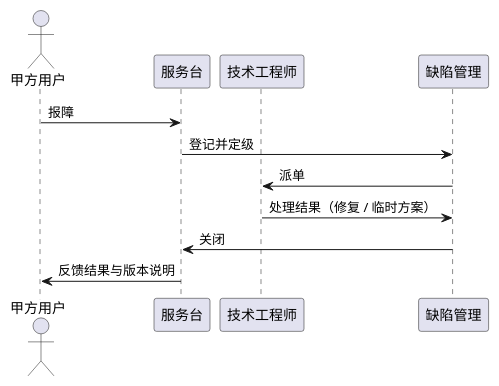
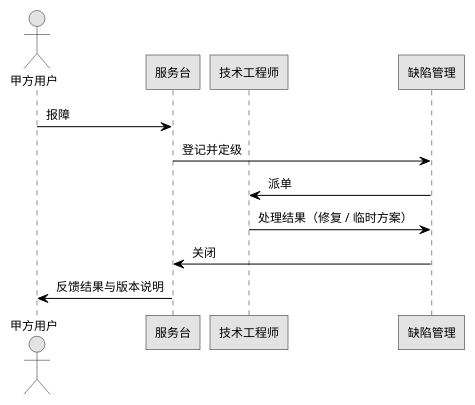
The diagram in 方案/09-售后服务与保障方案.md (cppshooter/cursor), drawn with PlantUML before and after one commit. The commit also changed 10 other files, not shown here.

First line of the commit message:
fix(方案/plantuml): 统一应用黑白 Visio 风格 skinparam，修复访问层组件图语法错误

````diff
--- a/方案/09-售后服务与保障方案.md
+++ b/方案/09-售后服务与保障方案.md
@@ -30,15 +30,26 @@
 ```plantuml
 @startuml
+skinparam monochrome true
+skinparam shadowing false
+skinparam backgroundColor #FFFFFF
+skinparam DefaultFontName "Microsoft YaHei"
+skinparam DefaultFontSize 12
+skinparam roundCorner 0
+skinparam ArrowColor #000000
+skinparam ArrowThickness 1
+skinparam Padding 2
+
+
 actor 甲方用户
 participant 服务台 as Desk
 participant 技术工程师 as Eng
 participant 缺陷管理 as Bug
 
 甲方用户 -> Desk : 报障
 Desk -> Bug : 登记并定级
 Bug -> Eng : 派单
 Eng -> Bug : 处理结果（修复 / 临时方案）
 Bug -> Desk : 关闭
 Desk -> 甲方用户 : 反馈结果与版本说明
 @enduml
 ```
````
